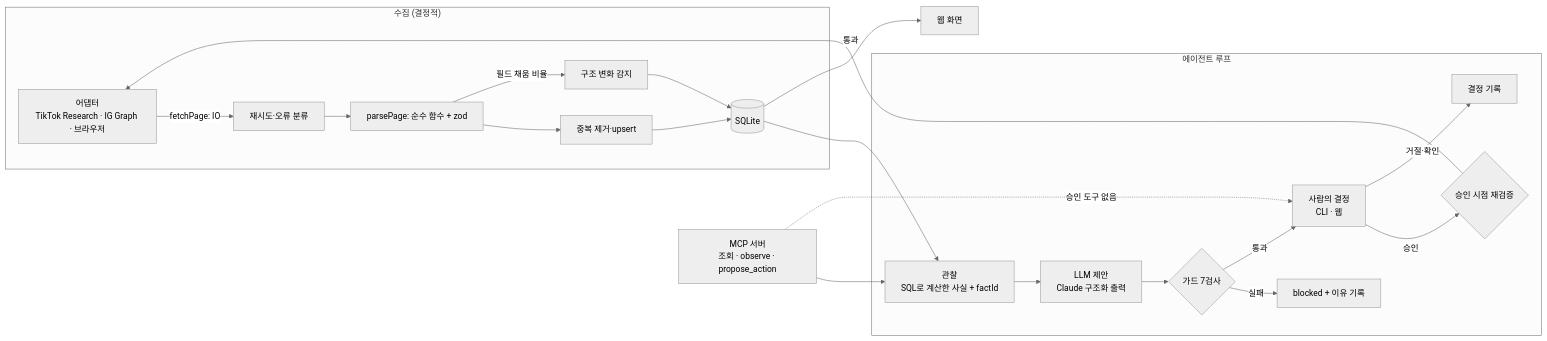
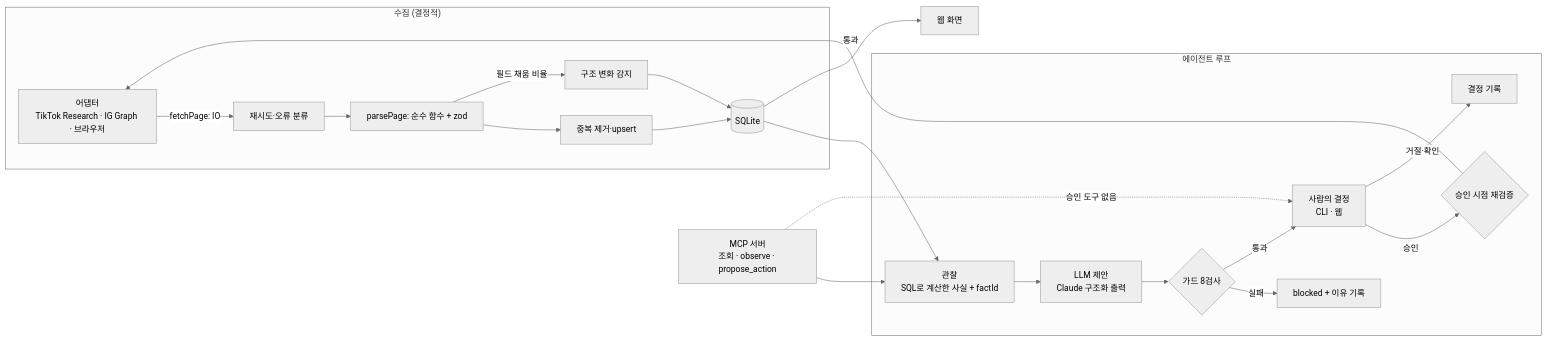
Before and after one commit to jjikkobro/marketing-tool-sy: the diagram in README.md, drawn with Mermaid (neutral theme). The commit also changed other lines of this file and 26 other files, not shown here.

````diff
--- a/README.md
+++ b/README.md
@@ -101,22 +103,22 @@
 ```mermaid
 flowchart LR
   subgraph collect["수집 (결정적)"]
     A["어댑터<br/>TikTok Research · IG Graph · 브라우저"] -->|fetchPage: IO| R[재시도·오류 분류]
     R --> P["parsePage: 순수 함수 + zod"]
     P --> D[중복 제거·upsert]
     D --> DB[(SQLite)]
     P -->|필드 채움 비율| DR[구조 변화 감지] --> DB
   end
   subgraph agent["에이전트 루프"]
     DB --> O["관찰<br/>SQL로 계산한 사실 + factId"]
     O --> L["LLM 제안<br/>Claude 구조화 출력"]
-    L --> G{"가드 7검사"}
+    L --> G{"가드 8검사"}
     G -->|실패| B[blocked + 이유 기록]
     G -->|통과| H["사람의 결정<br/>CLI · 웹"]
     H -->|승인| RE{승인 시점 재검증} -->|통과| A
     H -->|거절·확인| LOG[결정 기록]
   end
   MCP["MCP 서버<br/>조회 · observe · propose_action"] --> O
   MCP -.->|승인 도구 없음| H
   DB --> WEB[웹 화면]
 ```
````
